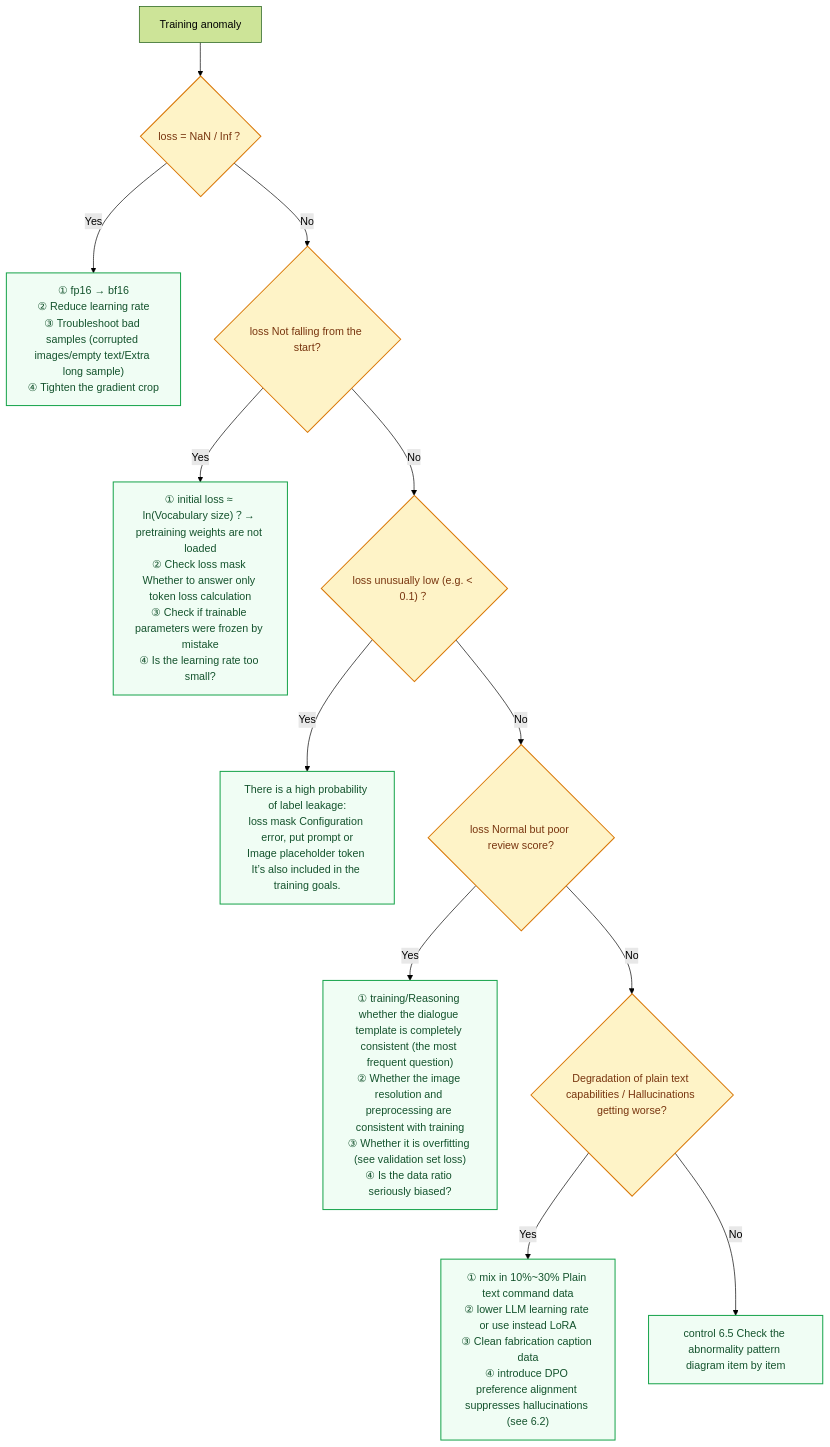
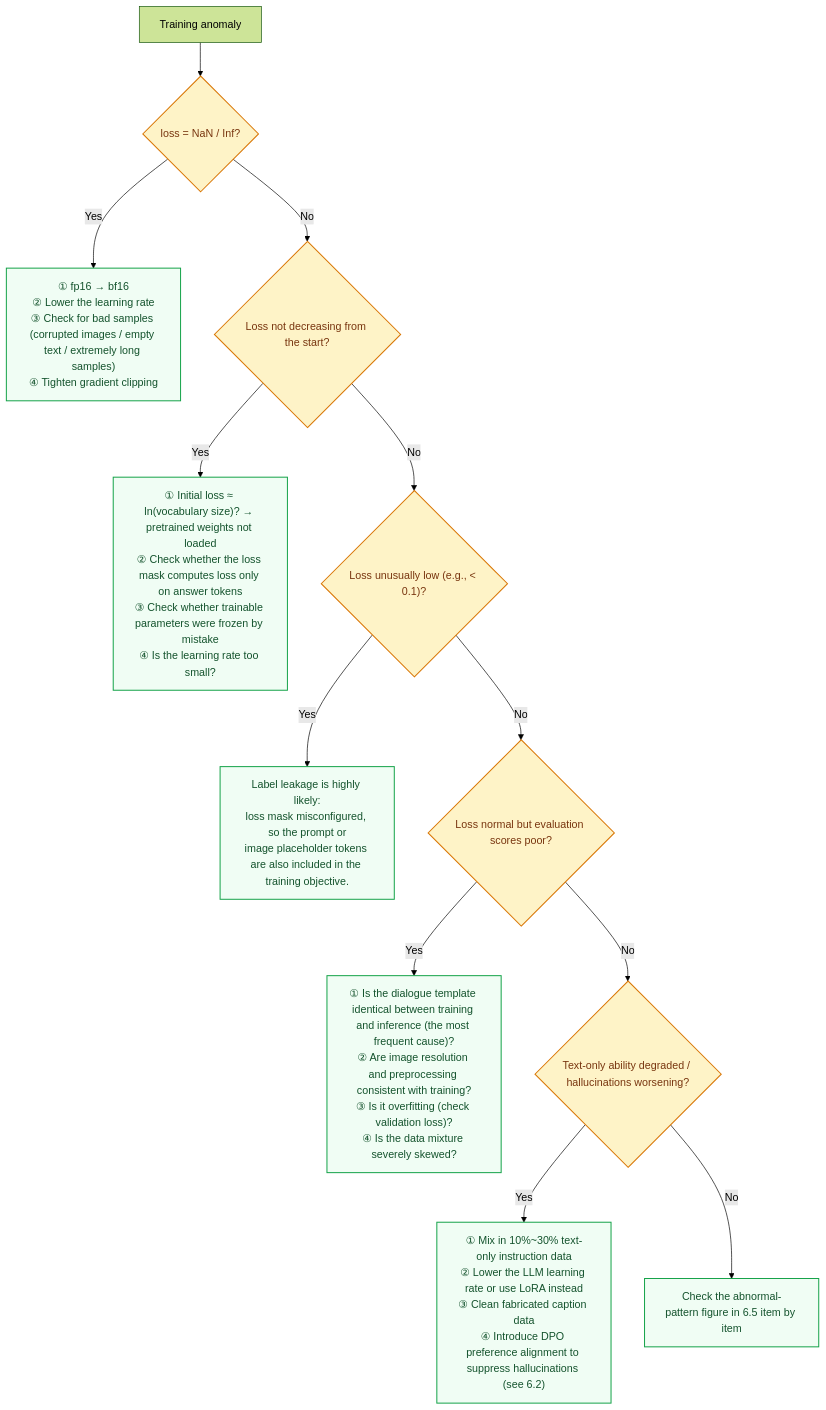
The tenth of 15 diagrams in _translations/en/research/VLM-Survey.md (TingdeLiu/tingdeliu.github.io), drawn with Mermaid (forest theme) before and after one commit. The commit also changed other lines of this file and 51 other files, not shown here.

````diff
--- a/_translations/en/research/VLM-Survey.md
+++ b/_translations/en/research/VLM-Survey.md
@@ -1282,17 +1282,17 @@
 ```mermaid
 flowchart TD
     classDef q fill:#fef3c7,stroke:#d97706,stroke-width:1.5px,color:#78350f;
     classDef fix fill:#f0fdf4,stroke:#16a34a,stroke-width:1.5px,color:#14532d;
 
-    A["Training anomaly"] --> B{"loss = NaN / Inf？"}:::q
-    B -->|Yes| B1["① fp16 → bf16\n② Reduce learning rate\n③ Troubleshoot bad samples (corrupted images/empty text/Extra long sample)\n④ Tighten the gradient crop"]:::fix
-    B -->|No| C{"loss Not falling from the start?"}:::q
-    C -->|Yes| C1["① initial loss ≈ ln(Vocabulary size)？→ pretraining weights are not loaded\n② Check loss mask Whether to answer only token loss calculation\n③ Check if trainable parameters were frozen by mistake\n④ Is the learning rate too small?"]:::fix
-    C -->|No| D{"loss unusually low (e.g. < 0.1)？"}:::q
-    D -->|Yes| D1["There is a high probability of label leakage:\nloss mask Configuration error, put prompt or\nImage placeholder token It’s also included in the training goals."]:::fix
-    D -->|No| E{"loss Normal but poor review score?"}:::q
-    E -->|Yes| E1["① training/Reasoning whether the dialogue template is completely consistent (the most frequent question)\n② Whether the image resolution and preprocessing are consistent with training\n③ Whether it is overfitting (see validation set loss)\n④ Is the data ratio seriously biased?"]:::fix
-    E -->|No| F{"Degradation of plain text capabilities / Hallucinations getting worse?"}:::q
-    F -->|Yes| F1["① mix in 10%~30% Plain text command data\n② lower LLM learning rate or use instead LoRA\n③ Clean fabrication caption data\n④ introduce DPO preference alignment suppresses hallucinations (see 6.2)"]:::fix
-    F -->|No| G["control 6.5 Check the abnormality pattern diagram item by item"]:::fix
+    A["Training anomaly"] --> B{"loss = NaN / Inf?"}:::q
+    B -->|Yes| B1["① fp16 → bf16\n② Lower the learning rate\n③ Check for bad samples (corrupted images / empty text / extremely long samples)\n④ Tighten gradient clipping"]:::fix
+    B -->|No| C{"Loss not decreasing from the start?"}:::q
+    C -->|Yes| C1["① Initial loss ≈ ln(vocabulary size)? → pretrained weights not loaded\n② Check whether the loss mask computes loss only on answer tokens\n③ Check whether trainable parameters were frozen by mistake\n④ Is the learning rate too small?"]:::fix
+    C -->|No| D{"Loss unusually low (e.g., < 0.1)?"}:::q
+    D -->|Yes| D1["Label leakage is highly likely:\nloss mask misconfigured, so the prompt or\nimage placeholder tokens are also included in the training objective."]:::fix
+    D -->|No| E{"Loss normal but evaluation scores poor?"}:::q
+    E -->|Yes| E1["① Is the dialogue template identical between training and inference (the most frequent cause)?\n② Are image resolution and preprocessing consistent with training?\n③ Is it overfitting (check validation loss)?\n④ Is the data mixture severely skewed?"]:::fix
+    E -->|No| F{"Text-only ability degraded / hallucinations worsening?"}:::q
+    F -->|Yes| F1["① Mix in 10%~30% text-only instruction data\n② Lower the LLM learning rate or use LoRA instead\n③ Clean fabricated caption data\n④ Introduce DPO preference alignment to suppress hallucinations (see 6.2)"]:::fix
+    F -->|No| G["Check the abnormal-pattern figure in 6.5 item by item"]:::fix
 ```
````
